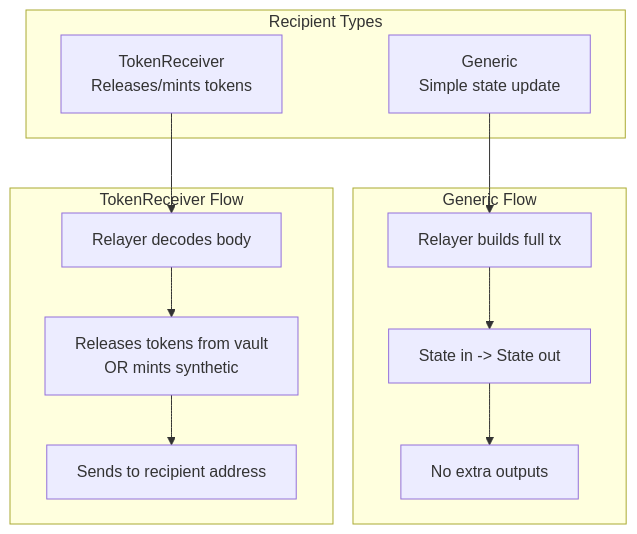
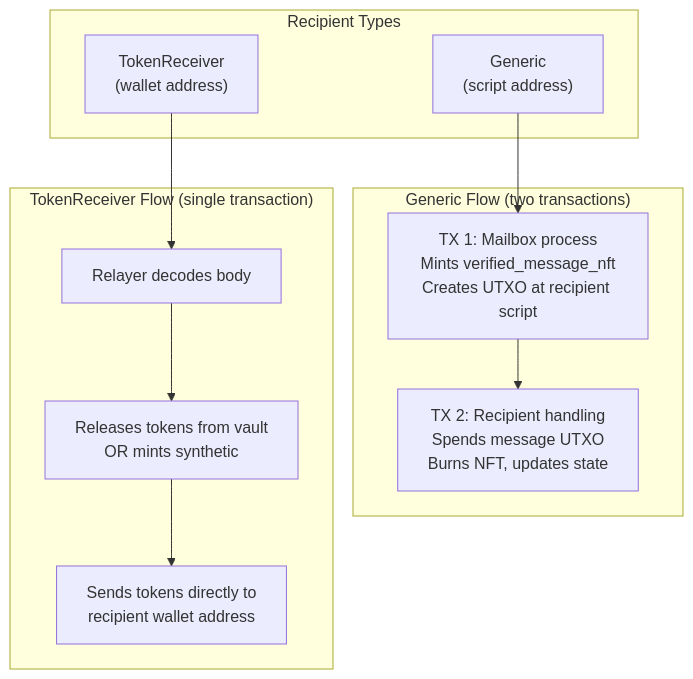
Diagram 14 of 15 in cardano/docs/DESIGN.md (eigerco/hyperlane-monorepo), drawn with Mermaid before and after one commit. The commit also changed other lines of this file and 4 other files, not shown here.

First line of the commit message:
docs(cardano): update docs for simplified architecture

````diff
--- a/cardano/docs/DESIGN.md
+++ b/cardano/docs/DESIGN.md
@@ -565,22 +655,21 @@
 ```mermaid
 flowchart TB
     subgraph Types["Recipient Types"]
-        GEN["Generic<br/>Simple state update"]
-        TOK["TokenReceiver<br/>Releases/mints tokens"]
+        GEN["Generic<br/>(script address)"]
+        TOK["TokenReceiver<br/>(wallet address)"]
     end
 
-    subgraph Generic["Generic Flow"]
-        G1["Relayer builds full tx"]
-        G2["State in -> State out"]
-        G3["No extra outputs"]
+    subgraph Generic["Generic Flow (two transactions)"]
+        G1["TX 1: Mailbox process<br/>Mints verified_message_nft<br/>Creates UTXO at recipient script"]
+        G2["TX 2: Recipient handling<br/>Spends message UTXO<br/>Burns NFT, updates state"]
     end
 
-    subgraph Token["TokenReceiver Flow"]
+    subgraph Token["TokenReceiver Flow (single transaction)"]
         T1["Relayer decodes body"]
         T2["Releases tokens from vault<br/>OR mints synthetic"]
-        T3["Sends to recipient address"]
+        T3["Sends tokens directly to<br/>recipient wallet address"]
     end
 
-    GEN --> G1 --> G2 --> G3
+    GEN --> G1 --> G2
     TOK --> T1 --> T2 --> T3
 ```
````
